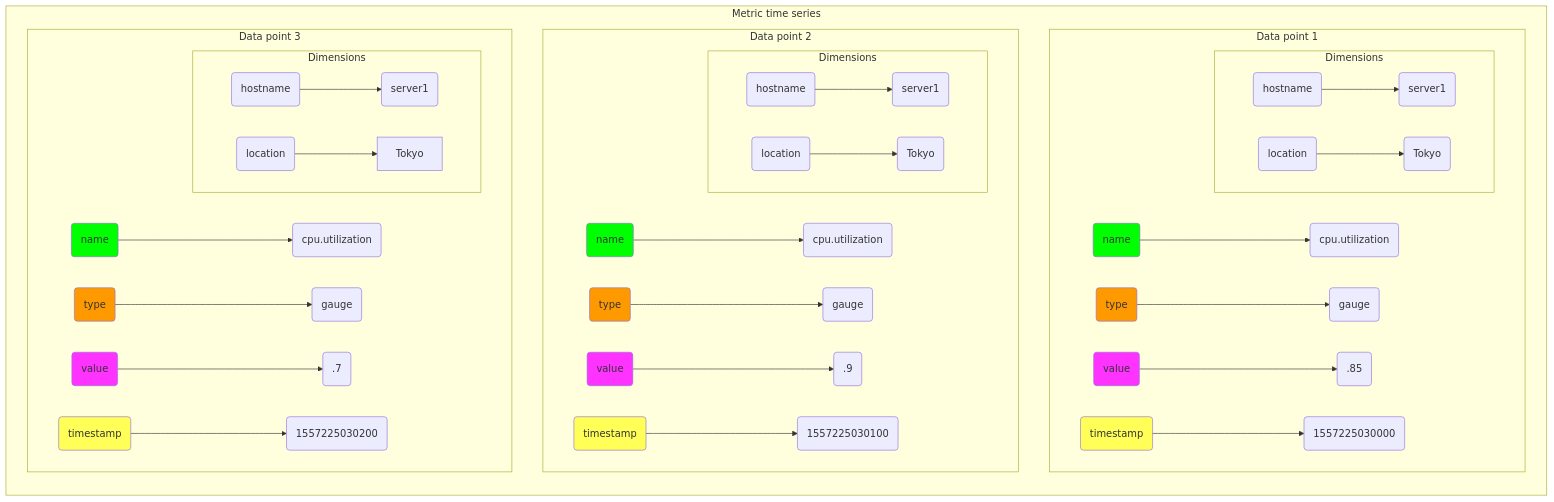
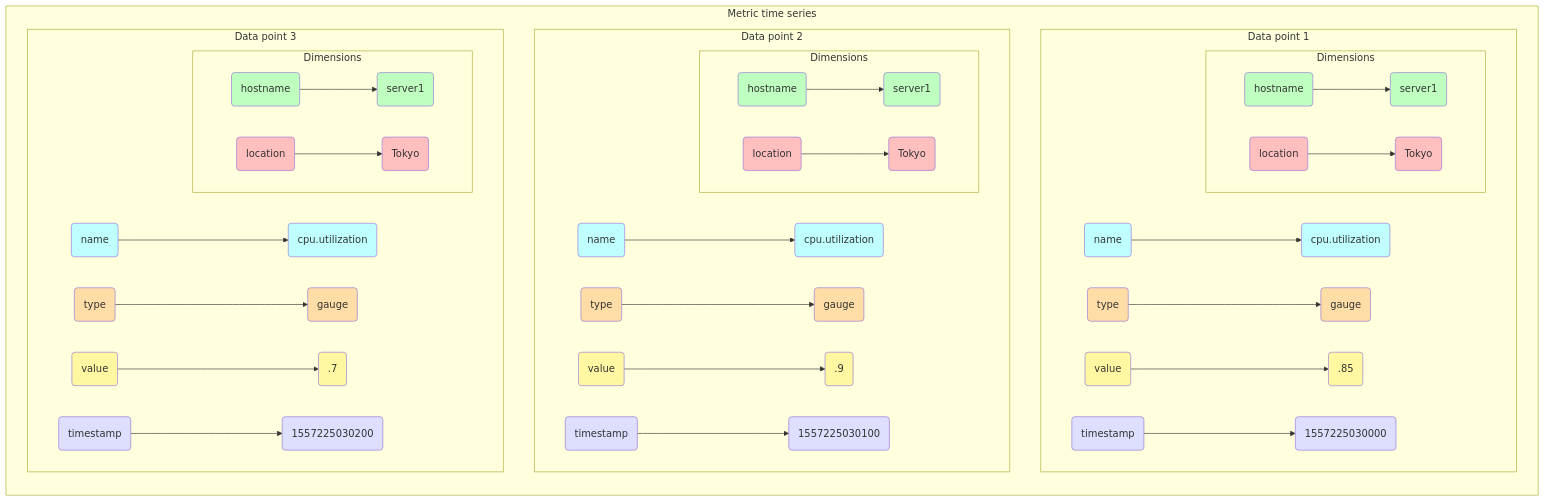
The diagram in metrics-and-metadata/metrics.rst (splunk/public-o11y-docs), drawn with Mermaid before and after one commit. The commit also changed other lines of this file, not shown here.

Commit message:
Add formatting for diagram

```diff
--- a/metrics-and-metadata/metrics.rst
+++ b/metrics-and-metadata/metrics.rst
@@ -20,62 +20,79 @@
 .. mermaid:: 
-  
-  flowchart LR
-       %% LR indicates the direction (left-to-right)
 
-       %% You can define classes to style nodes and other elements
-       classDef name fill:#00FF00
-       classDef type fill:#FF9900
-       classDef value fill:#FF33FF
-       classDef timestamp fill:#FF09
-
-       %% Each subgraph determines what's in each category
-       subgraph Metric time series
-
-        subgraph dp0[Data point 1]
-          direction LR
-          name0(name):::name-->name0.v(cpu.utilization)
-          type0(type):::type-->type0.v(gauge)
-          value0(value):::value-->value0.v(.85)
+  %%{
+    init: {
+      'theme': 'base',
+      'themeVariables': {
+        'primaryColor': '#FFFFFF',
+        'primaryTextColor': '#000000',
+        'primaryBorderColor': '#000000',
+        'nodeBorder':'#000000',
+        'lineColor': '#000000',
+      }
+    }
+  }%%
 
 
-        subgraph dimensions0[Dimensions]
-            k0(hostname)-->v0(server1)
-            k1(location)-->v1(Tokyo)
-        end
+  flowchart LR
+        %% LR indicates the direction (left-to-right)
 
-          timestamp0(timestamp):::timestamp-->timestamp0.v(1557225030000)
+        %% You can define classes to style nodes and other elements
+        classDef name fill:#BFFFFF
+        classDef type fill:#ffdda6
+        classDef value fill:#fff7a1
+        classDef timestamp fill:#dedeff
+        classDef host fill:#BFFFBF
+        classDef location fill:#FFBFBF
 
-        end
+        %% Each subgraph determines what's in each category
+        subgraph Metric time series
 
-        subgraph dp1[Data point 2]
+          subgraph dp0[Data point 1]
             direction LR
-          name1(name):::name-->name1.v(cpu.utilization)
-          type1(type):::type-->type1.v(gauge)
-          value1(value):::value-->value1.v(.9)
+            name0(name):::name-->name0.v(cpu.utilization):::name
+            type0(type):::type-->type0.v(gauge):::type
+            value0(value):::value-->value0.v(.85):::value
 
 
-        subgraph dimensions1[Dimensions]
-            k2(hostname)-->v2(server1)
-            k3(location)-->v3(Tokyo)
-        end
+            subgraph dimensions0[Dimensions]
+              k0(hostname):::host-->v0(server1):::host
+              k1(location):::location-->v1(Tokyo):::location
+            end
 
-          timestamp1(timestamp):::timestamp-->timestamp1.v(1557225030100)         
-
-        end
-
-        subgraph dp2[Data point 3]
-            direction LR
-          name2(name):::name-->name2.v(cpu.utilization)
-          type2(type):::type-->type2.v(gauge)
-          value2(value):::value-->value2.v(.7)
+            timestamp0(timestamp):::timestamp-->timestamp0.v(1557225030000):::timestamp
 
 
-          subgraph dimensions2[Dimensions]
-            k4(hostname)-->v4(server1)
-            k5(location)-->v5[Tokyo]
-            
           end
-          timestamp2(timestamp):::timestamp-->timestamp2.v(1557225030200)    
-   
+
+          subgraph dp1[Data point 2]
+              direction LR
+            name1(name):::name-->name1.v(cpu.utilization):::name
+            type1(type):::type-->type1.v(gauge):::type
+            value1(value):::value-->value1.v(.9):::value
+
+
+            subgraph dimensions1[Dimensions]
+              k2(hostname):::host-->v2(server1):::host
+              k3(location):::location-->v3(Tokyo):::location
+              
+            end
+            timestamp1(timestamp):::timestamp-->timestamp1.v(1557225030100):::timestamp         
+
+          end
+
+          subgraph dp2[Data point 3]
+              direction LR
+            name2(name):::name-->name2.v(cpu.utilization):::name
+            type2(type):::type-->type2.v(gauge):::type
+            value2(value):::value-->value2.v(.7):::value
+
+
+            subgraph dimensions2[Dimensions]
+              k4(hostname):::host-->v4(server1):::host
+              k5(location):::location-->v5(Tokyo):::location
+              
+            end
+            timestamp2(timestamp):::timestamp-->timestamp2.v(1557225030200):::timestamp    
+    
+          end
         end
-      end
```
